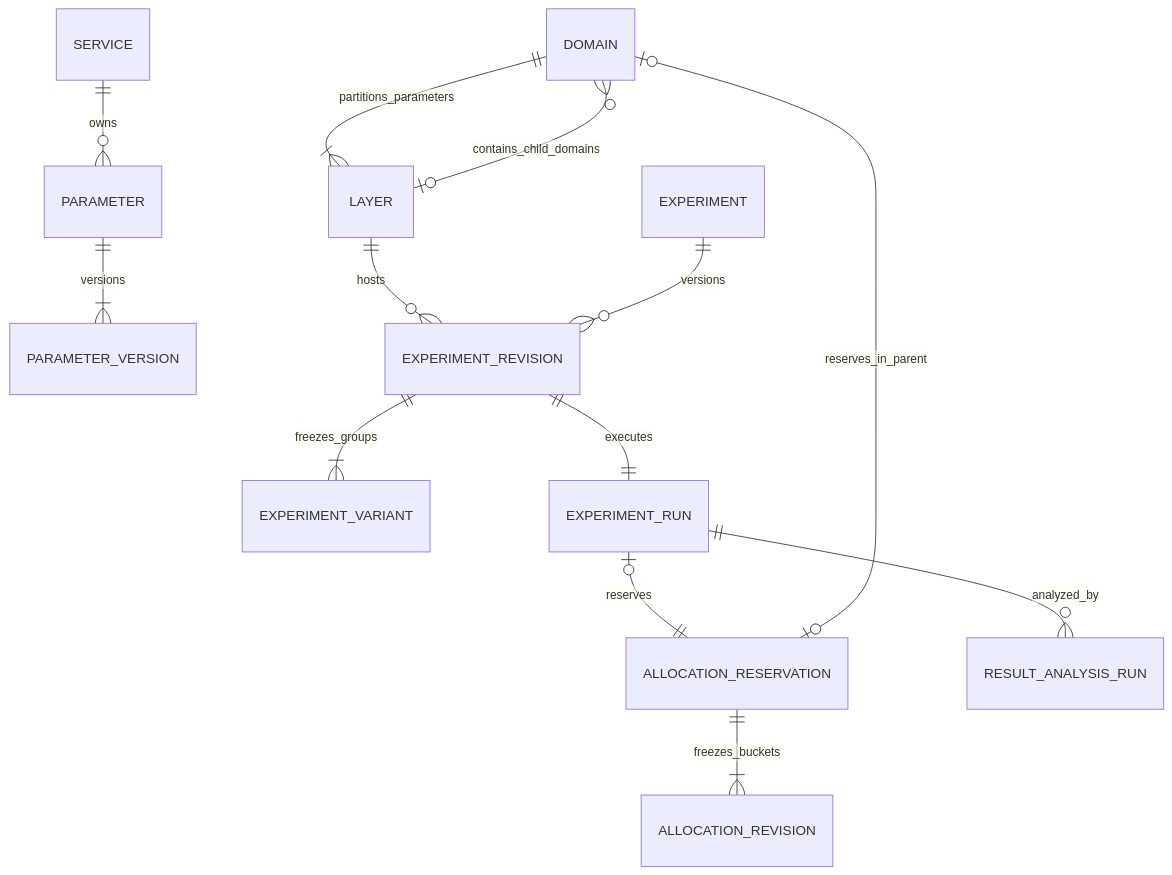
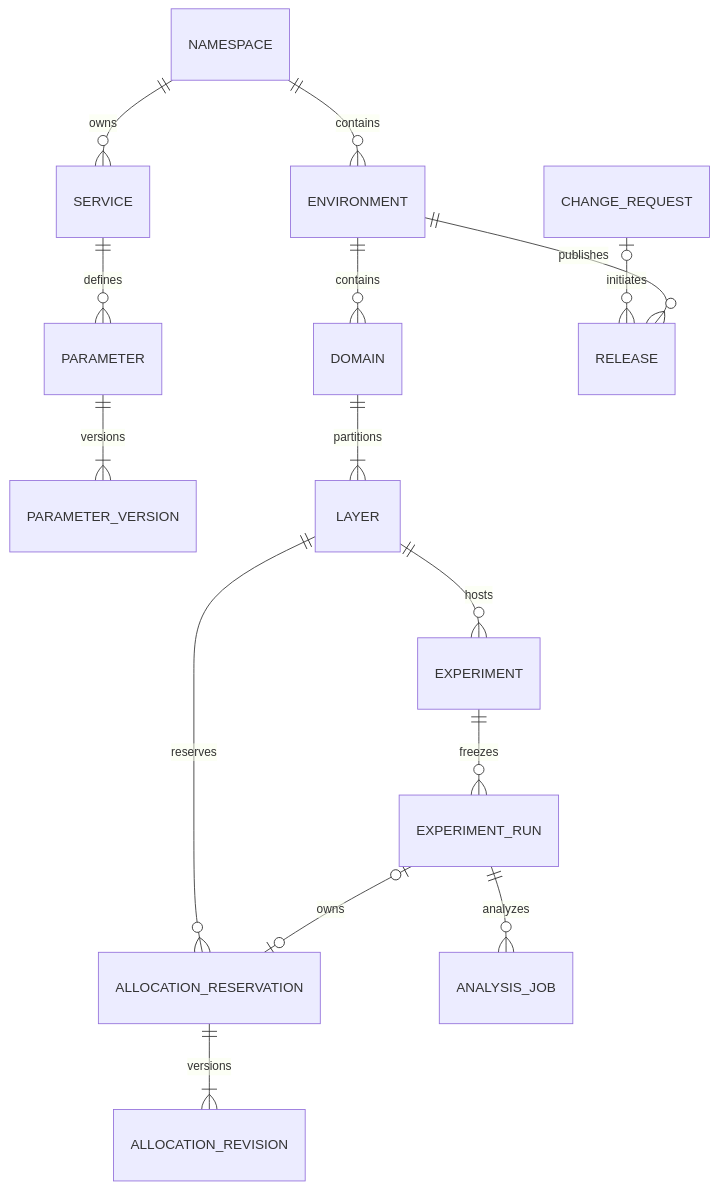
Before and after one commit to wangxwit/abtest: the diagram in docs/服务端技术方案/01-数据库设计.md, drawn with Mermaid. The commit also changed other lines of this file and 19 other files, not shown here.

````diff
--- a/docs/服务端技术方案/01-数据库设计.md
+++ b/docs/服务端技术方案/01-数据库设计.md
@@ -9,15 +54,17 @@
 ```mermaid
 erDiagram
-    SERVICE ||--o{ PARAMETER : owns
+    NAMESPACE ||--o{ ENVIRONMENT : contains
+    NAMESPACE ||--o{ SERVICE : owns
+    SERVICE ||--o{ PARAMETER : defines
     PARAMETER ||--|{ PARAMETER_VERSION : versions
-    DOMAIN ||--|{ LAYER : partitions_parameters
-    LAYER o|--o{ DOMAIN : contains_child_domains
-    LAYER ||--o{ EXPERIMENT_REVISION : hosts
-    EXPERIMENT ||--o{ EXPERIMENT_REVISION : versions
-    EXPERIMENT_REVISION ||--|{ EXPERIMENT_VARIANT : freezes_groups
-    EXPERIMENT_REVISION ||--|| EXPERIMENT_RUN : executes
-    EXPERIMENT_RUN o|--|| ALLOCATION_RESERVATION : reserves
-    DOMAIN o|--o| ALLOCATION_RESERVATION : reserves_in_parent
-    ALLOCATION_RESERVATION ||--|{ ALLOCATION_REVISION : freezes_buckets
-    EXPERIMENT_RUN ||--o{ RESULT_ANALYSIS_RUN : analyzed_by
+    ENVIRONMENT ||--o{ DOMAIN : contains
+    DOMAIN ||--|{ LAYER : partitions
+    LAYER ||--o{ EXPERIMENT : hosts
+    EXPERIMENT ||--o{ EXPERIMENT_RUN : freezes
+    LAYER ||--o{ ALLOCATION_RESERVATION : reserves
+    EXPERIMENT_RUN o|--o| ALLOCATION_RESERVATION : owns
+    ALLOCATION_RESERVATION ||--|{ ALLOCATION_REVISION : versions
+    CHANGE_REQUEST o|--o{ RELEASE : initiates
+    ENVIRONMENT ||--o{ RELEASE : publishes
+    EXPERIMENT_RUN ||--o{ ANALYSIS_JOB : analyzes
 ```
````
